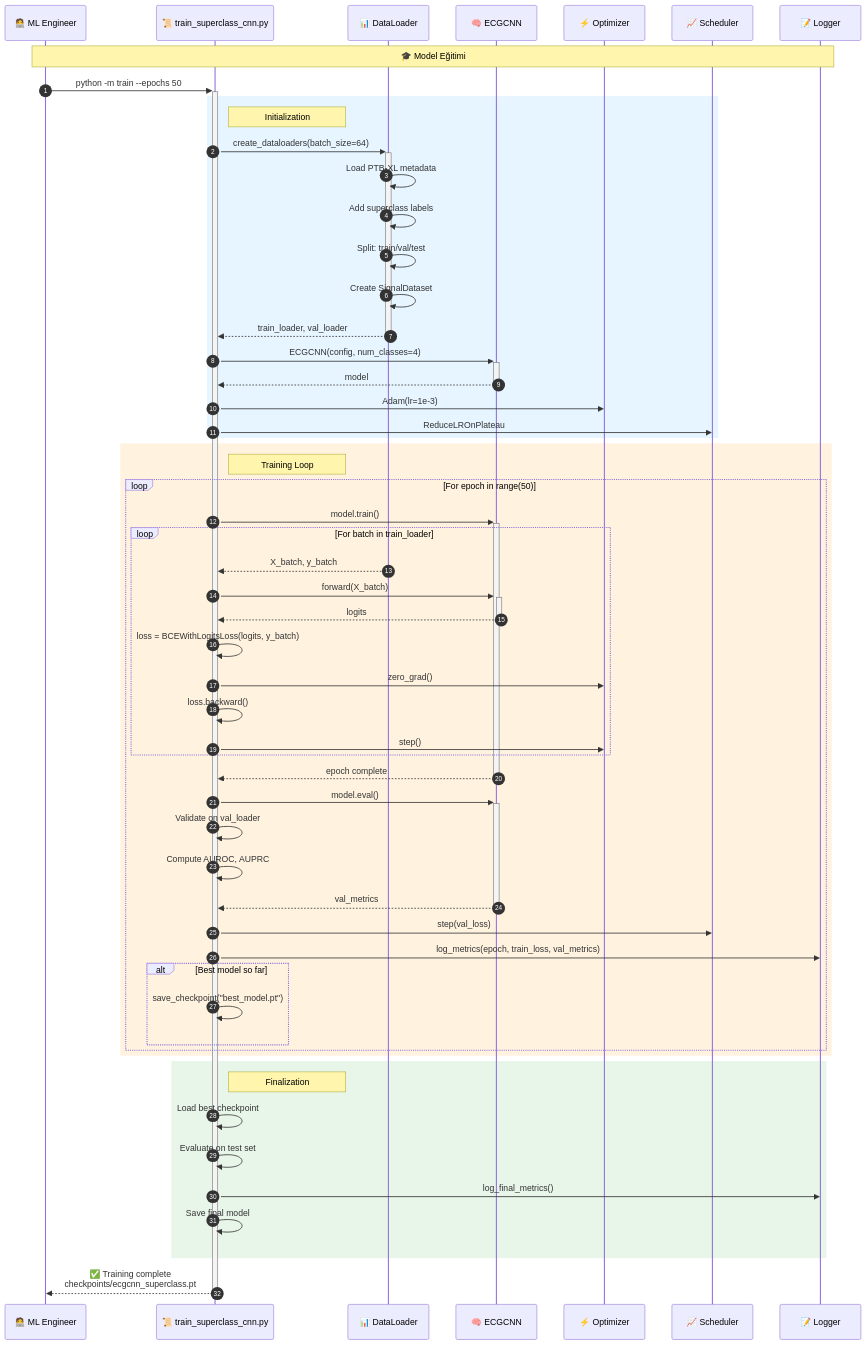
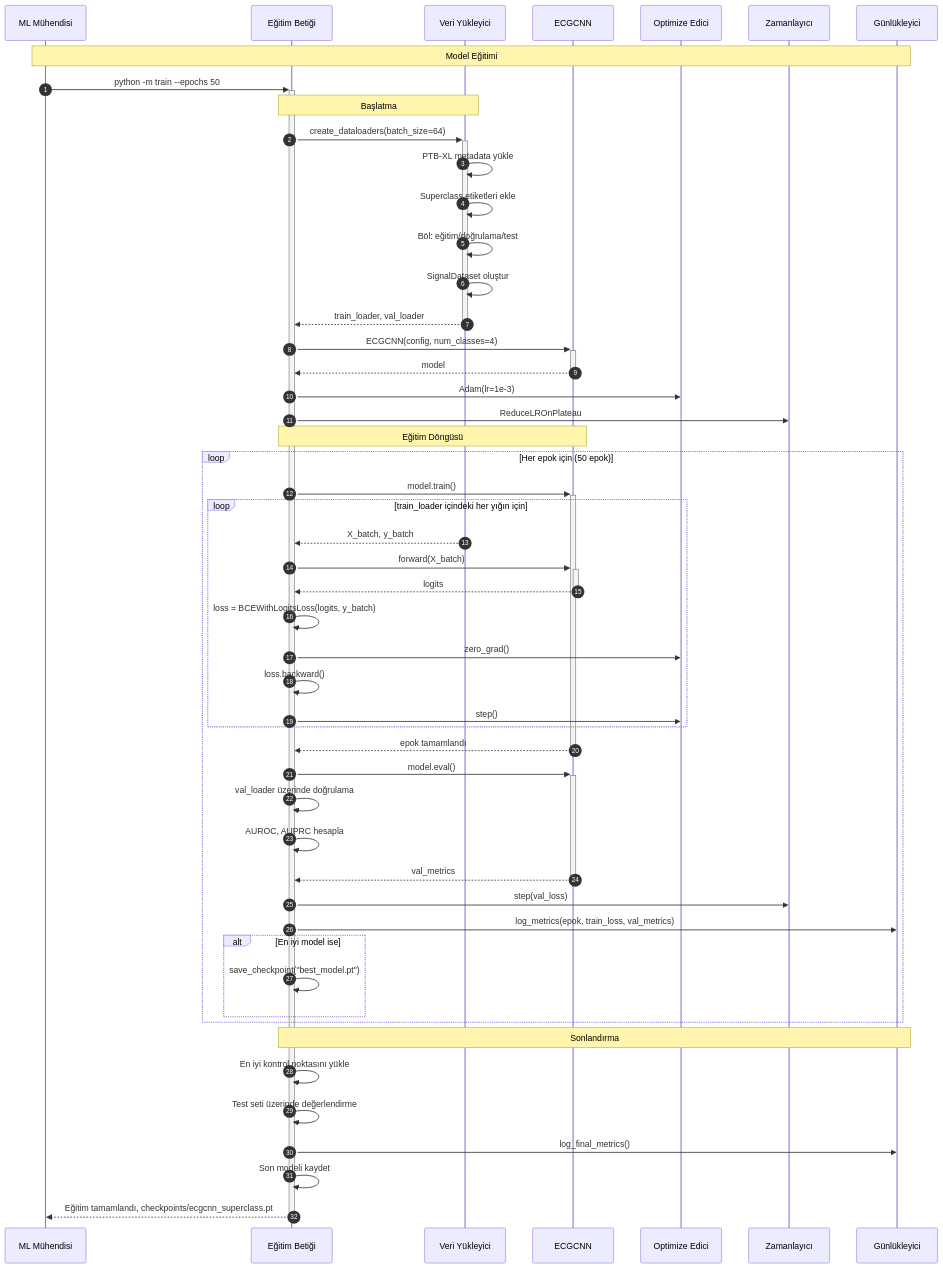
Before and after one commit to mUsaulug/CardioGuard-AI: the sixth of 10 diagrams in docs/diagrams/06_sequence_diagram.md, drawn with Mermaid. The commit also changed other lines of this file and 5 other files, not shown here.

````diff
--- a/docs/diagrams/06_sequence_diagram.md
+++ b/docs/diagrams/06_sequence_diagram.md
@@ -413,76 +399,73 @@
 ```mermaid
 sequenceDiagram
     autonumber
     
-    participant User as 🧑‍💻 ML Engineer
-    participant Script as 📜 train_superclass_cnn.py
-    participant Data as 📊 DataLoader
-    participant Model as 🧠 ECGCNN
-    participant Optim as ⚡ Optimizer
-    participant Sched as 📈 Scheduler
-    participant Logger as 📝 Logger
+    participant Kullanici as ML Mühendisi
+    participant Script as Eğitim Betiği
+    participant Data as Veri Yükleyici
+    participant Model as ECGCNN
+    participant Optim as Optimize Edici
+    participant Sched as Zamanlayıcı
+    participant Logger as Günlükleyici
     
-    Note over User, Logger: 🎓 Model Eğitimi
+    Note over Kullanici, Logger: Model Eğitimi
     
-    User->>+Script: python -m train --epochs 50
+    Kullanici->>+Script: python -m train --epochs 50
     
-    rect rgb(230, 245, 255)
-        Note right of Script: Initialization
-        Script->>+Data: create_dataloaders(batch_size=64)
-        Data->>Data: Load PTB-XL metadata
-        Data->>Data: Add superclass labels
-        Data->>Data: Split: train/val/test
-        Data->>Data: Create SignalDataset
-        Data-->>-Script: train_loader, val_loader
+    Note over Script, Data: Başlatma
+    
+    Script->>+Data: create_dataloaders(batch_size=64)
+    Data->>Data: PTB-XL metadata yükle
+    Data->>Data: Superclass etiketleri ekle
+    Data->>Data: Böl: eğitim/doğrulama/test
+    Data->>Data: SignalDataset oluştur
+    Data-->>-Script: train_loader, val_loader
+    
+    Script->>+Model: ECGCNN(config, num_classes=4)
+    Model-->>-Script: model
+    
+    Script->>Optim: Adam(lr=1e-3)
+    Script->>Sched: ReduceLROnPlateau
+    
+    Note over Script, Model: Eğitim Döngüsü
+    
+    loop Her epok için (50 epok)
+        Script->>+Model: model.train()
         
-        Script->>+Model: ECGCNN(config, num_classes=4)
-        Model-->>-Script: model
+        loop train_loader içindeki her yığın için
+            Data-->>Script: X_batch, y_batch
+            
+            Script->>+Model: forward(X_batch)
+            Model-->>-Script: logits
+            
+            Script->>Script: loss = BCEWithLogitsLoss(logits, y_batch)
+            
+            Script->>Optim: zero_grad()
+            Script->>Script: loss.backward()
+            Script->>Optim: step()
+        end
         
-        Script->>Optim: Adam(lr=1e-3)
-        Script->>Sched: ReduceLROnPlateau
-    end
-    
-    rect rgb(255, 243, 224)
-        Note right of Script: Training Loop
-        loop For epoch in range(50)
-            Script->>+Model: model.train()
-            
-            loop For batch in train_loader
-                Data-->>Script: X_batch, y_batch
-                
-                Script->>+Model: forward(X_batch)
-                Model-->>-Script: logits
-                
-                Script->>Script: loss = BCEWithLogitsLoss(logits, y_batch)
-                
-                Script->>Optim: zero_grad()
-                Script->>Script: loss.backward()
-                Script->>Optim: step()
-            end
-            
-            Model-->>-Script: epoch complete
-            
-            Script->>+Model: model.eval()
-            Script->>Script: Validate on val_loader
-            Script->>Script: Compute AUROC, AUPRC
-            Model-->>-Script: val_metrics
-            
-            Script->>Sched: step(val_loss)
-            Script->>Logger: log_metrics(epoch, train_loss, val_metrics)
-            
-            alt Best model so far
-                Script->>Script: save_checkpoint("best_model.pt")
-            end
+        Model-->>-Script: epok tamamlandı
+        
+        Script->>+Model: model.eval()
+        Script->>Script: val_loader üzerinde doğrulama
+        Script->>Script: AUROC, AUPRC hesapla
+        Model-->>-Script: val_metrics
+        
+        Script->>Sched: step(val_loss)
+        Script->>Logger: log_metrics(epok, train_loss, val_metrics)
+        
+        alt En iyi model ise
+            Script->>Script: save_checkpoint("best_model.pt")
         end
     end
     
-    rect rgb(232, 245, 233)
-        Note right of Script: Finalization
-        Script->>Script: Load best checkpoint
-        Script->>Script: Evaluate on test set
-        Script->>Logger: log_final_metrics()
-        Script->>Script: Save final model
-    end
+    Note over Script, Logger: Sonlandırma
     
-    Script-->>-User: ✅ Training complete<br/>checkpoints/ecgcnn_superclass.pt
+    Script->>Script: En iyi kontrol noktasını yükle
+    Script->>Script: Test seti üzerinde değerlendirme
+    Script->>Logger: log_final_metrics()
+    Script->>Script: Son modeli kaydet
+    
+    Script-->>-Kullanici: Eğitim tamamlandı, checkpoints/ecgcnn_superclass.pt
 ```
````
